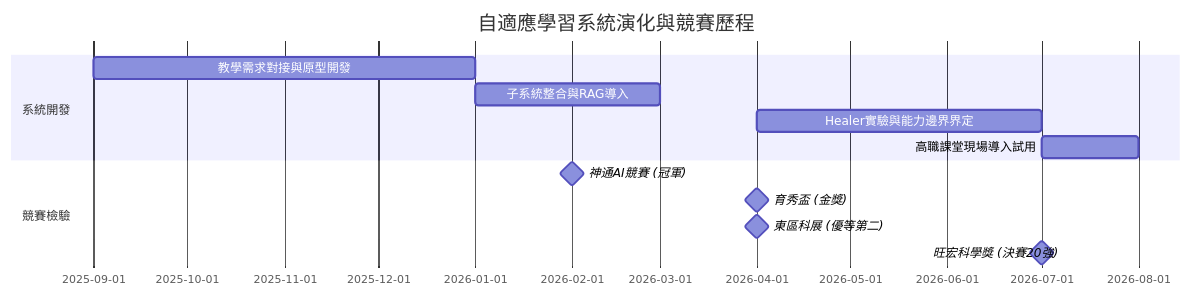
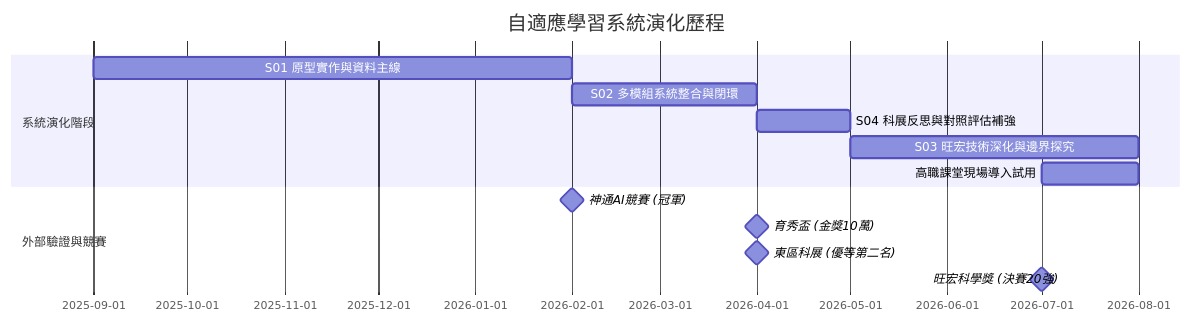
One commit to yyfsunnyboy/yangfu-application changed the diagram in 03_baichuan/04_story_master.md. Above: the diagram before and after it, drawn with Mermaid. The commit also changed other lines of this file and 43 other files, not shown here.

````diff
--- a/03_baichuan/04_story_master.md
+++ b/03_baichuan/04_story_master.md
@@ -100,15 +140,16 @@
 ```mermaid
 gantt
-    title 自適應學習系統演化與競賽歷程
+    title 自適應學習系統演化歷程
     dateFormat  YYYY-MM
-    section 系統開發
-    教學需求對接與原型開發 :2025-09, 2026-01
-    子系統整合與RAG導入   :2026-01, 2026-03
-    Healer實驗與能力邊界界定:2026-04, 2026-07
+    section 系統演化階段
+    S01 原型實作與資料主線 :2025-09, 2026-02
+    S02 多模組系統整合與閉環 :2026-02, 2026-04
+    S04 科展反思與對照評估補強 :2026-04, 2026-05
+    S03 旺宏技術深化與邊界探究 :2026-05, 2026-08
     高職課堂現場導入試用   :2026-07, 2026-08
-    section 競賽檢驗
+    section 外部驗證與競賽
     神通AI競賽 (冠軍)      :milestone, m1, 2026-02, 0d
-    育秀盃 (金獎)          :milestone, m2, 2026-04, 0d
-    東區科展 (優等第二)    :milestone, m3, 2026-04, 0d
+    育秀盃 (金獎10萬)      :milestone, m2, 2026-04, 0d
+    東區科展 (優等第二名)  :milestone, m3, 2026-04, 0d
     旺宏科學獎 (決賽20強)  :milestone, m4, 2026-07, 0d
 ```
````
